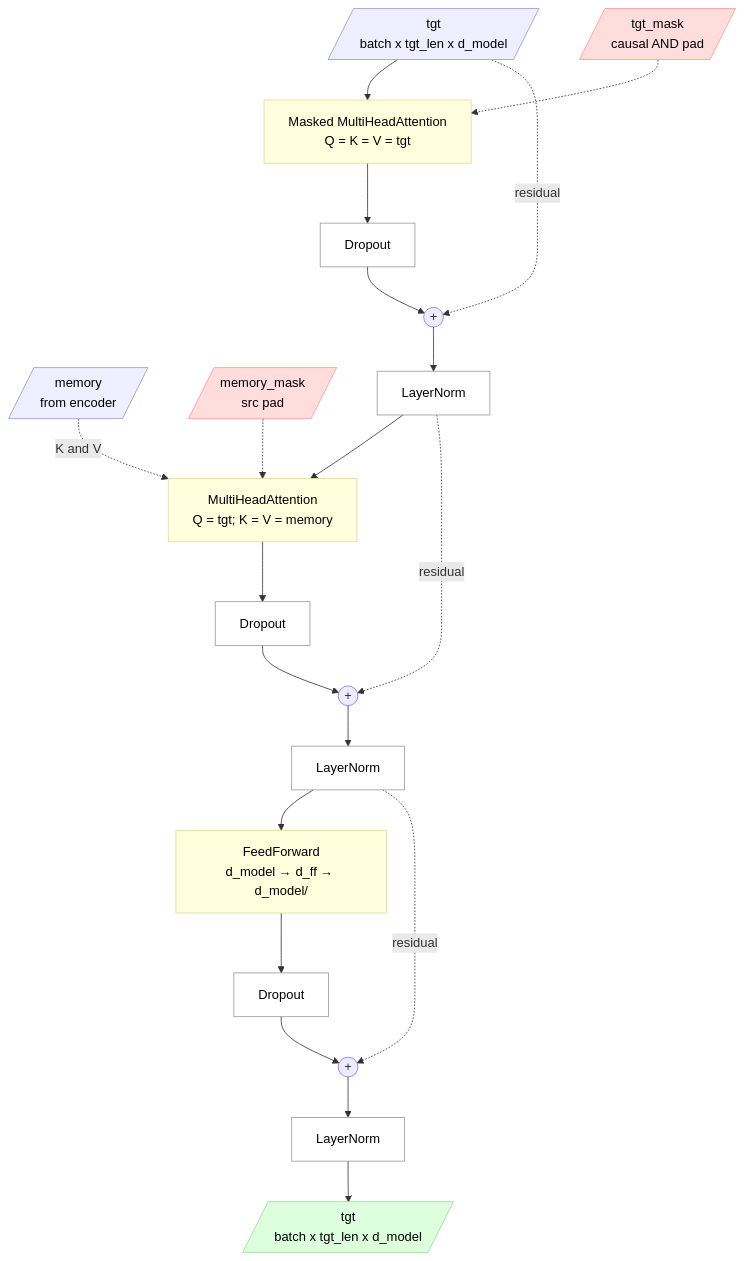
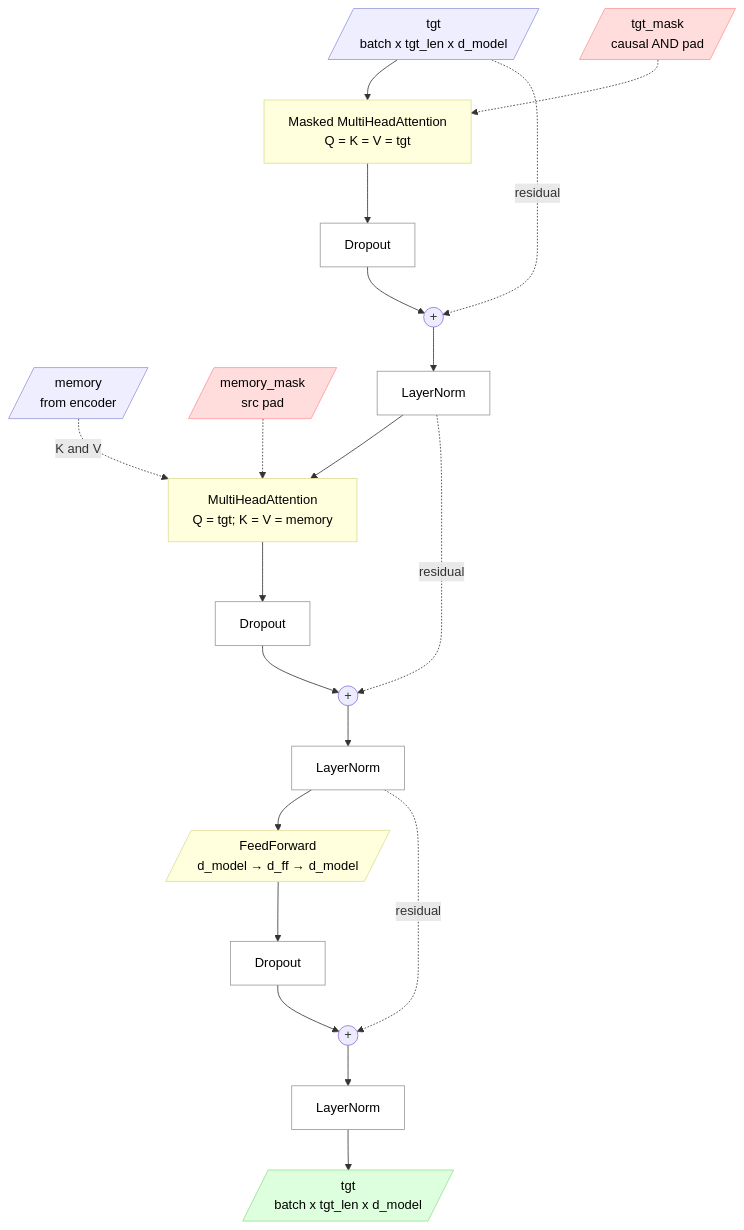
One commit to SamyamoyRakshit/papers-from-scratch changed the diagram in transformer/docs/architecture/decoder.md. Above: the diagram before and after it, drawn with Mermaid.

Commit message:
fix: Correct flowchart syntax for FeedForward layer in decoder documentation

````diff
--- a/transformer/docs/architecture/decoder.md
+++ b/transformer/docs/architecture/decoder.md
@@ -21,48 +21,48 @@
 ```mermaid
 flowchart TD
     IN[/"tgt<br/>batch x tgt_len x d_model"/]
     MEM[/"memory<br/>from encoder"/]
     TM[/"tgt_mask<br/>causal AND pad"/]
     MM[/"memory_mask<br/>src pad"/]
 
     %% sub-layer 1: masked self-attn
     IN --> SA["Masked MultiHeadAttention<br/>Q = K = V = tgt"]
     TM -.-> SA
     SA --> D1["Dropout"]
     D1 --> ADD1(("+"))
     IN -.->|"residual"| ADD1
     ADD1 --> N1["LayerNorm"]
 
     %% sub-layer 2: cross-attn
     N1 --> CA["MultiHeadAttention<br/>Q = tgt; K = V = memory"]
     MEM -.->|"K and V"| CA
     MM -.-> CA
     CA --> D2["Dropout"]
     D2 --> ADD2(("+"))
     N1 -.->|"residual"| ADD2
     ADD2 --> N2["LayerNorm"]
 
     %% sub-layer 3: FFN
-    N2 --> FF["FeedForward<br/>d_model → d_ff → d_model"/]
+    N2 --> FF[/"FeedForward<br/>d_model → d_ff → d_model"/]
     FF --> D3["Dropout"]
     D3 --> ADD3(("+"))
     N2 -.->|"residual"| ADD3
     ADD3 --> N3["LayerNorm"]
 
     N3 --> OUT[/"tgt<br/>batch x tgt_len x d_model"/]
 
     style IN fill:#eef,stroke:#99d,color:#000
     style MEM fill:#eef,stroke:#99d,color:#000
     style OUT fill:#dfd,stroke:#9d9,color:#000
     style TM fill:#fdd,stroke:#f99,color:#000
     style MM fill:#fdd,stroke:#f99,color:#000
     style SA fill:#ffd,stroke:#dd9,color:#000
     style CA fill:#ffd,stroke:#dd9,color:#000
     style FF fill:#ffd,stroke:#dd9,color:#000
     style D1 fill:#fff,stroke:#999,color:#000
     style D2 fill:#fff,stroke:#999,color:#000
     style D3 fill:#fff,stroke:#999,color:#000
     style N1 fill:#fff,stroke:#999,color:#000
     style N2 fill:#fff,stroke:#999,color:#000
     style N3 fill:#fff,stroke:#999,color:#000
 ```
````
